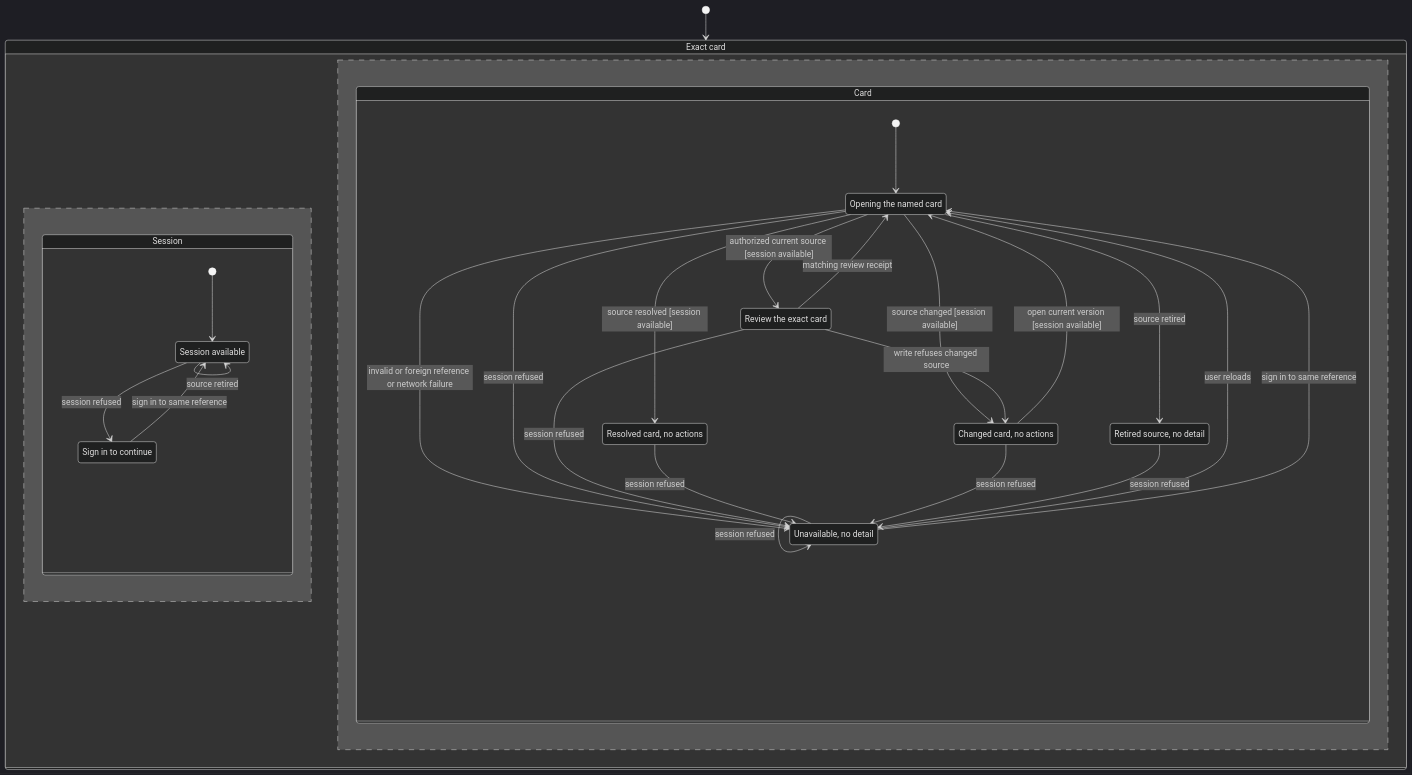
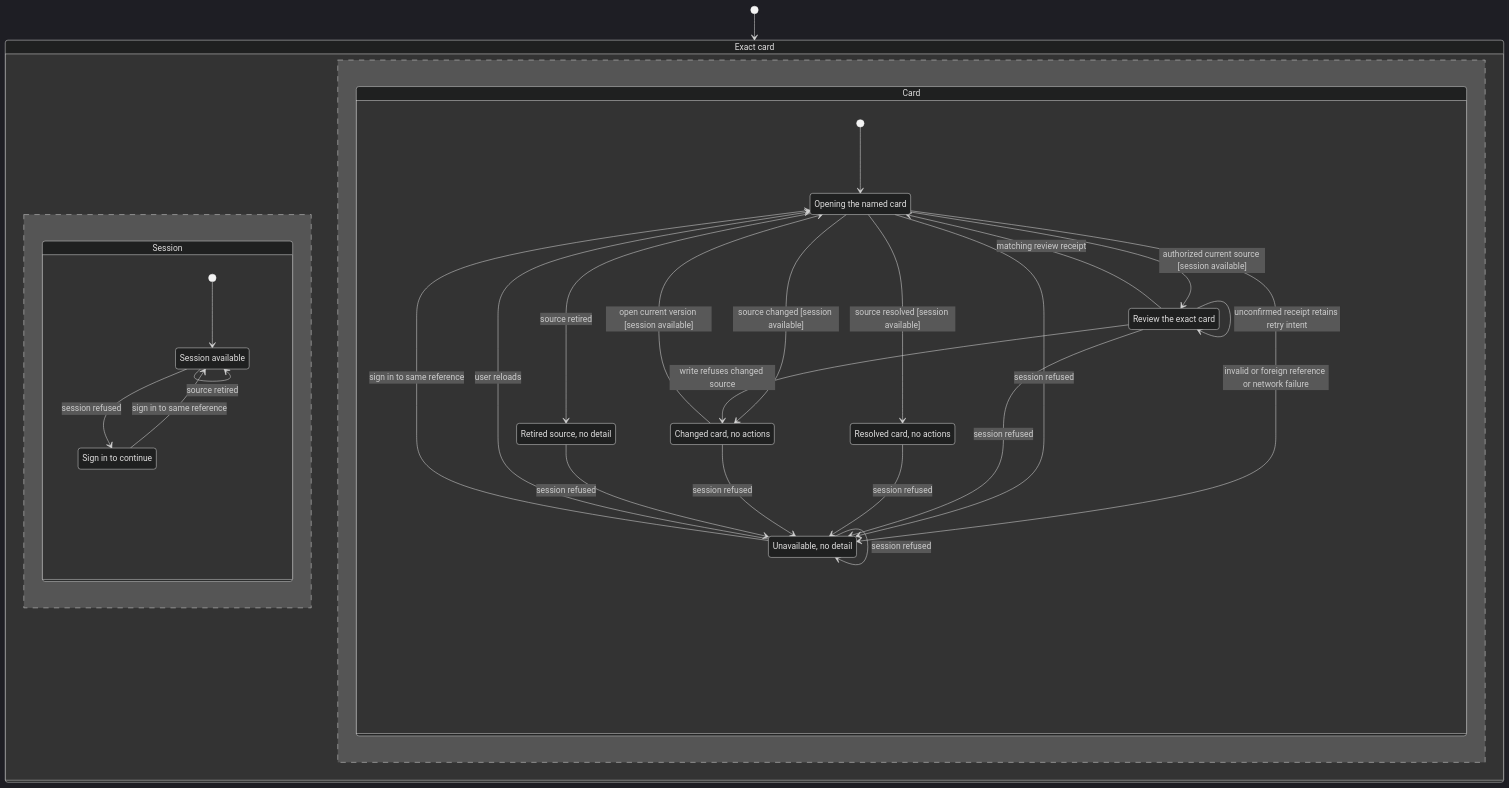
One commit to jbookout/doctorcre-app changed the diagram in docs/statecharts/exact-action-cards/ExactCards.mmd. Above: the diagram before and after it, drawn with Mermaid (dark theme). The commit also changed 6 other files, not shown here.

First line of the commit message:
fix: model exact review receipts before retiring intent keys

```diff
--- a/docs/statecharts/exact-action-cards/ExactCards.mmd
+++ b/docs/statecharts/exact-action-cards/ExactCards.mmd
@@ -1,48 +1,49 @@
 stateDiagram-v2
   state "Exact card" as App {
     state "Session" as Access {
       [*] --> SignedIn
       state "Session available" as SignedIn
       state "Sign in to continue" as SignedOut
       SignedIn --> SignedOut: session refused
       SignedOut --> SignedIn: sign in to same reference
       SignedIn --> SignedIn: authorized current source [session available]
       SignedIn --> SignedIn: source resolved [session available]
       SignedIn --> SignedIn: source changed [session available]
       SignedIn --> SignedIn: source retired
     }
     --
     state "Card" as Card {
       [*] --> Opening
       state "Opening the named card" as Opening
       state "Review the exact card" as Review
       state "Resolved card, no actions" as Resolved
       state "Changed card, no actions" as Stale
       state "Retired source, no detail" as Retired
       state "Unavailable, no detail" as Unavailable
       Opening --> Review: authorized current source [session available]
       %% when SignedIn
       Opening --> Resolved: source resolved [session available]
       %% when SignedIn
       Opening --> Stale: source changed [session available]
       %% when SignedIn
       Opening --> Retired: source retired
       Opening --> Unavailable: invalid or foreign reference or network failure
       Opening --> Unavailable: session refused
       Review --> Unavailable: session refused
       Resolved --> Unavailable: session refused
       Stale --> Unavailable: session refused
       Retired --> Unavailable: session refused
       Unavailable --> Unavailable: session refused
       Unavailable --> Opening: user reloads
       Unavailable --> Opening: sign in to same reference
+      Review --> Review: unconfirmed receipt retains retry intent
       Review --> Opening: matching review receipt
       Review --> Stale: write refuses changed source
       Stale --> Opening: open current version [session available]
       %% when SignedIn
     }
   }
   [*] --> App
     %% never PrivatePending: Sign in to continue & Review the exact card -- Refused sessions never show pending private detail.
     %% never PrivateResolved: Sign in to continue & Resolved card, no actions -- Refused sessions never show resolved private detail.
     %% never PrivateStale: Sign in to continue & Changed card, no actions -- Refused sessions never show stale private detail.
```
